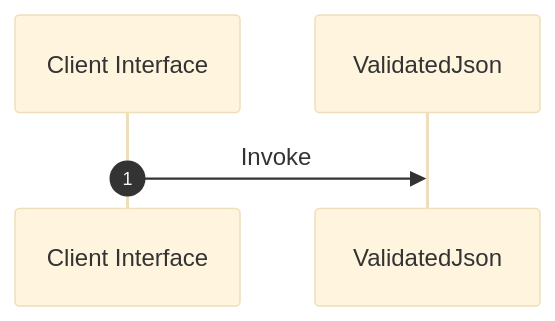
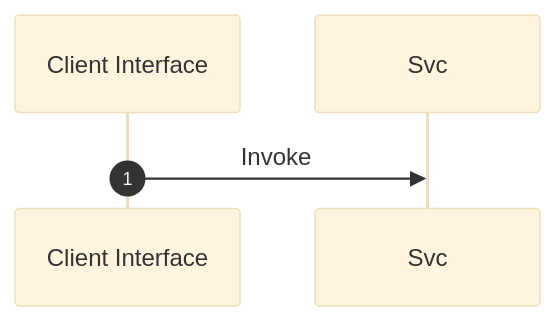
One commit to lgcorzo/fastapi-autogen-team changed the second of 2 diagrams in openwiki/src/interface/http/validation.md. Above: the diagram before and after it, drawn with Mermaid (base theme). The commit also changed other lines of this file and 22 other files, not shown here.

````diff
--- a/openwiki/src/interface/http/validation.md
+++ b/openwiki/src/interface/http/validation.md
@@ -40,7 +40,6 @@
 ```mermaid
 sequenceDiagram
     autonumber
     participant Caller as Client Interface
-    participant Svc as ValidatedJson
     Caller->>Svc: Invoke
 ```
````
